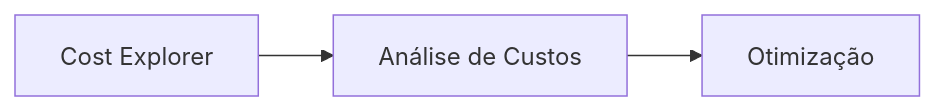
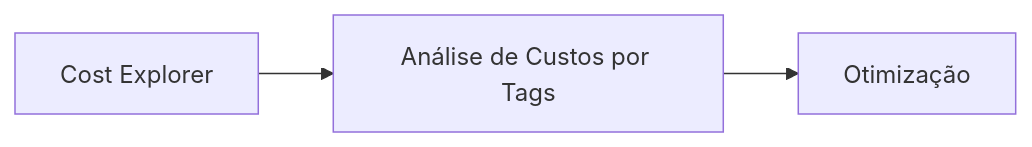
Before and after one commit to lvgalvao/data-engineering-roadmap: the fourth of 6 diagrams in Bootcamp - Cloud para dados/Aula_10/README.md, drawn with Mermaid. The commit also changed other lines of this file, not shown here.

````diff
--- a/Bootcamp - Cloud para dados/Aula_10/README.md
+++ b/Bootcamp - Cloud para dados/Aula_10/README.md
@@ -114,5 +188,5 @@
    ```mermaid
    graph LR
-       CostExplorer[Cost Explorer] --> Analysis[Análise de Custos]
+       CostExplorer[Cost Explorer] --> Analysis[Análise de Custos por Tags]
        Analysis --> Optimization[Otimização]
    ```
````
